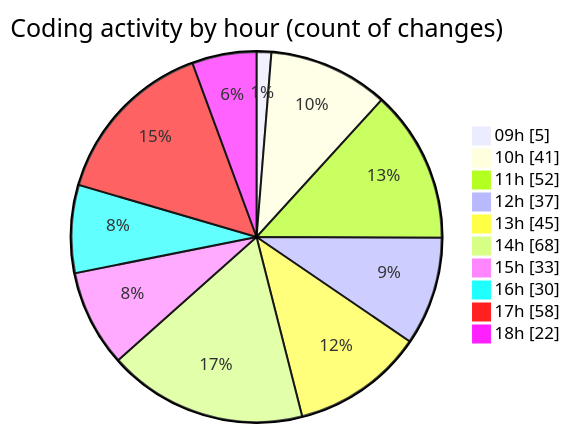
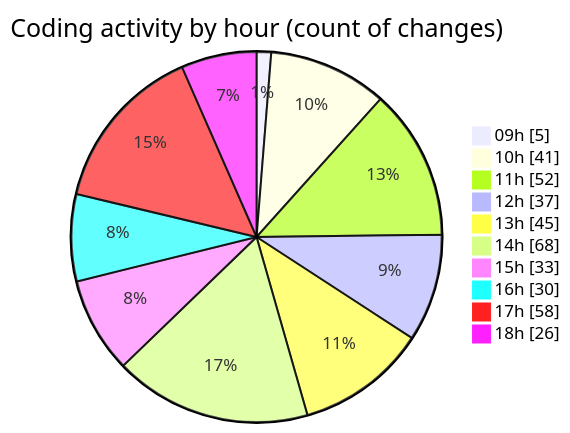
One commit to momahboobian/code-tracking changed the second of 2 diagrams in 2026-04-27/cda/README.md. Above: the diagram before and after it, drawn with Mermaid. The commit also changed other lines of this file and 1 other file, not shown here.

````diff
--- a/2026-04-27/cda/README.md
+++ b/2026-04-27/cda/README.md
@@ -69,14 +69,14 @@
 ```mermaid
 pie showData
 title Coding activity by hour (count of changes)
 "09h" : 5
 "10h" : 41
 "11h" : 52
 "12h" : 37
 "13h" : 45
 "14h" : 68
 "15h" : 33
 "16h" : 30
 "17h" : 58
-"18h" : 22
+"18h" : 26
 ```
````
